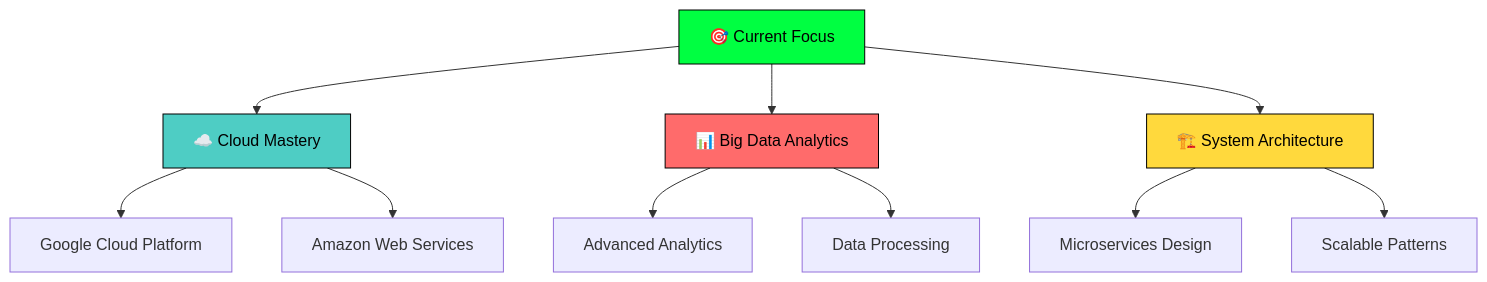
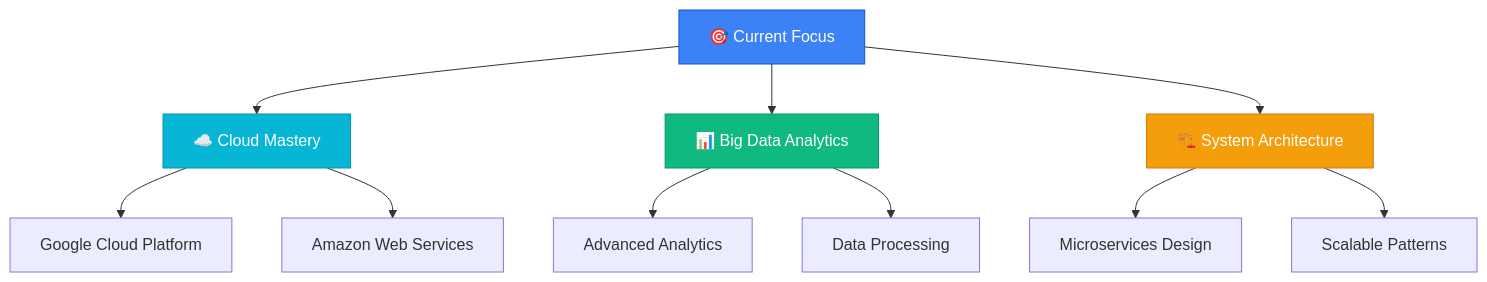
The second of 3 diagrams in README.md (zawad1992/zawad1992), drawn with Mermaid before and after one commit. The commit also changed other lines of this file, not shown here.

````diff
--- a/README.md
+++ b/README.md
@@ -680,20 +512,20 @@
 ```mermaid
 graph TD
     A[🎯 Current Focus] --> B[☁️ Cloud Mastery]
     A --> C[📊 Big Data Analytics]
     A --> D[🏗️ System Architecture]
     
     B --> E[Google Cloud Platform]
     B --> F[Amazon Web Services]
     
     C --> G[Advanced Analytics]
     C --> H[Data Processing]
     
     D --> I[Microservices Design]
     D --> J[Scalable Patterns]
     
-    style A fill:#00FF41,stroke:#000,color:#000
-    style B fill:#4ECDC4,stroke:#000,color:#000
-    style C fill:#FF6B6B,stroke:#000,color:#000
-    style D fill:#FFD93D,stroke:#000,color:#000
+    style A fill:#3b82f6,stroke:#1d4ed8,color:#ffffff
+    style B fill:#06b6d4,stroke:#0891b2,color:#ffffff
+    style C fill:#10b981,stroke:#059669,color:#ffffff
+    style D fill:#f59e0b,stroke:#d97706,color:#ffffff
 ```
````
